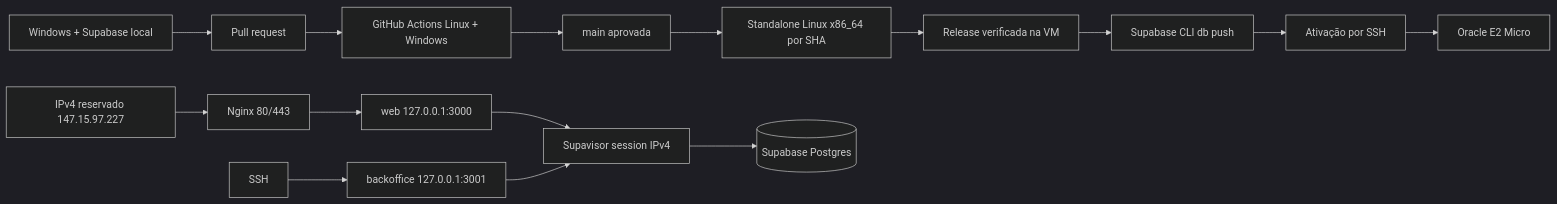
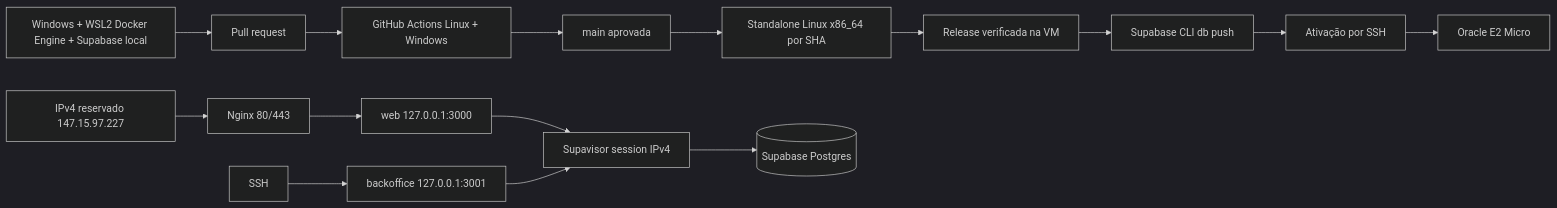
The diagram in docs/infrastructure.md (PedroRomeroM/set-livre), drawn with Mermaid (dark theme) before and after one commit. The commit also changed other lines of this file and 374 other files, not shown here.

````diff
--- a/docs/infrastructure.md
+++ b/docs/infrastructure.md
@@ -22,17 +22,17 @@
 ```mermaid
 flowchart LR
-    DEV[Windows + Supabase local] --> PR[Pull request]
+    DEV[Windows + WSL2 Docker Engine + Supabase local] --> PR[Pull request]
     PR --> CI[GitHub Actions Linux + Windows]
     CI --> MAIN[main aprovada]
     MAIN --> ART[Standalone Linux x86_64 por SHA]
     ART --> STAGE[Release verificada na VM]
     STAGE --> MIG[Supabase CLI db push]
     MIG --> ACT[Ativação por SSH]
     ACT --> VM[Oracle E2 Micro]
     IP[IPv4 reservado 147.15.97.227] --> NG[Nginx 80/443]
     NG --> WEB[web 127.0.0.1:3000]
     SSH --> BO[backoffice 127.0.0.1:3001]
     WEB --> POOL[Supavisor session IPv4]
     BO --> POOL
     POOL --> DB[(Supabase Postgres)]
 ```
````
